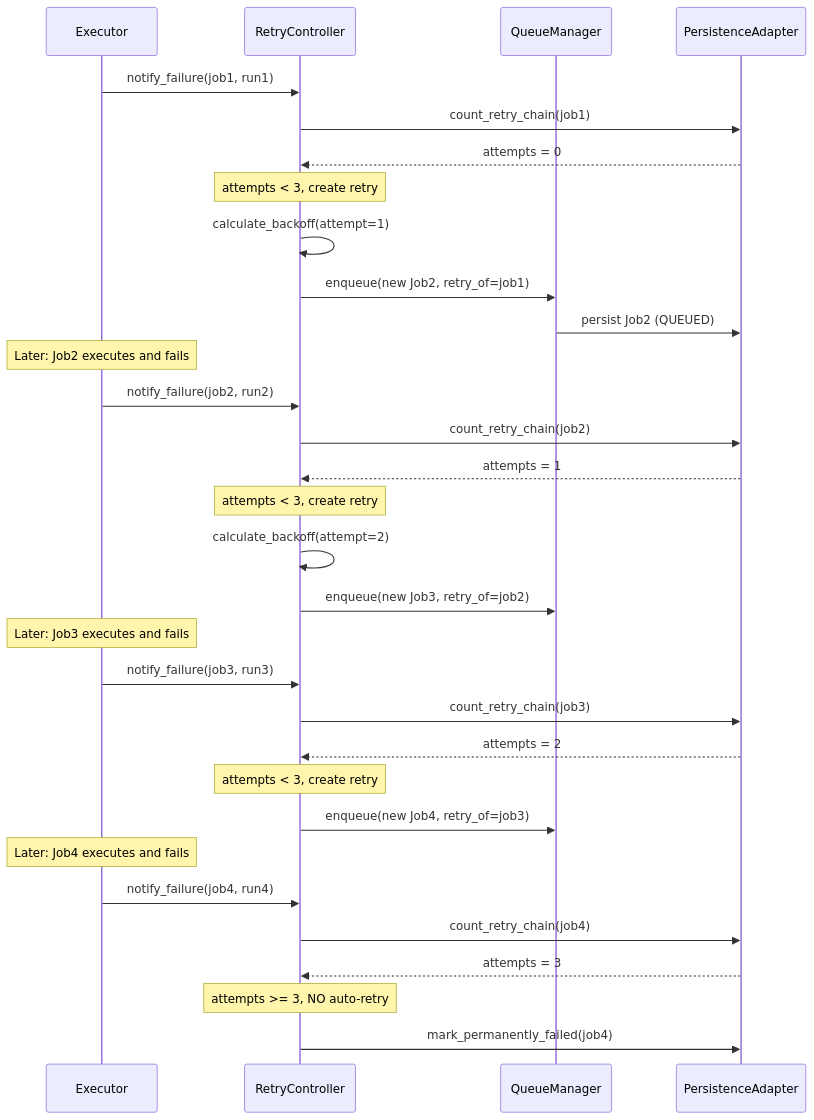
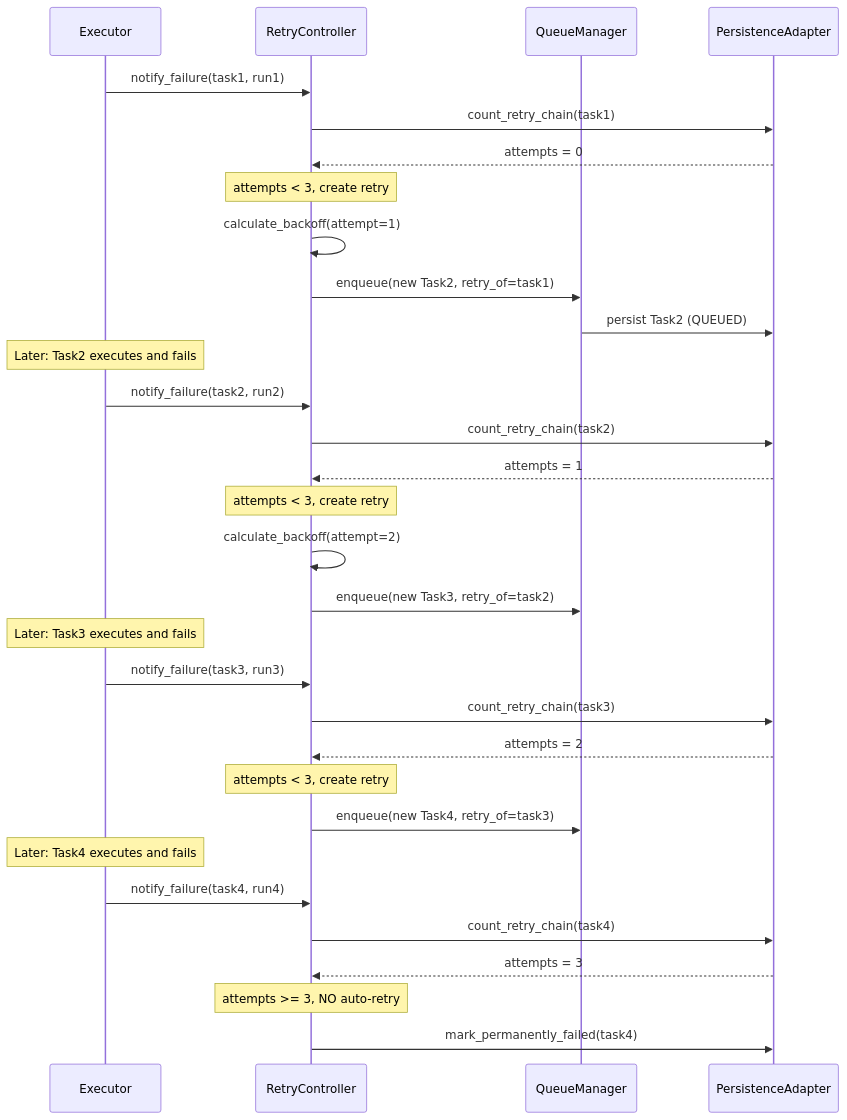
Before and after one commit to VinylStage/horror-story-generator: the third of 6 diagrams in docs/task-scheduler/EXECUTION_FLOW.md, drawn with Mermaid. The commit also changed other lines of this file and 24 other files, not shown here.

````diff
--- a/docs/task-scheduler/EXECUTION_FLOW.md
+++ b/docs/task-scheduler/EXECUTION_FLOW.md
@@ -153,41 +153,41 @@
 ```mermaid
 sequenceDiagram
     participant E as Executor
     participant R as RetryController
     participant Q as QueueManager
     participant P as PersistenceAdapter
 
-    E->>R: notify_failure(job1, run1)
-    R->>P: count_retry_chain(job1)
+    E->>R: notify_failure(task1, run1)
+    R->>P: count_retry_chain(task1)
     P-->>R: attempts = 0
 
     Note over R: attempts < 3, create retry
     R->>R: calculate_backoff(attempt=1)
-    R->>Q: enqueue(new Job2, retry_of=job1)
-    Q->>P: persist Job2 (QUEUED)
+    R->>Q: enqueue(new Task2, retry_of=task1)
+    Q->>P: persist Task2 (QUEUED)
 
-    Note over E: Later: Job2 executes and fails
-    E->>R: notify_failure(job2, run2)
-    R->>P: count_retry_chain(job2)
+    Note over E: Later: Task2 executes and fails
+    E->>R: notify_failure(task2, run2)
+    R->>P: count_retry_chain(task2)
     P-->>R: attempts = 1
 
     Note over R: attempts < 3, create retry
     R->>R: calculate_backoff(attempt=2)
-    R->>Q: enqueue(new Job3, retry_of=job2)
+    R->>Q: enqueue(new Task3, retry_of=task2)
 
-    Note over E: Later: Job3 executes and fails
-    E->>R: notify_failure(job3, run3)
-    R->>P: count_retry_chain(job3)
+    Note over E: Later: Task3 executes and fails
+    E->>R: notify_failure(task3, run3)
+    R->>P: count_retry_chain(task3)
     P-->>R: attempts = 2
 
     Note over R: attempts < 3, create retry
-    R->>Q: enqueue(new Job4, retry_of=job3)
+    R->>Q: enqueue(new Task4, retry_of=task3)
 
-    Note over E: Later: Job4 executes and fails
-    E->>R: notify_failure(job4, run4)
-    R->>P: count_retry_chain(job4)
+    Note over E: Later: Task4 executes and fails
+    E->>R: notify_failure(task4, run4)
+    R->>P: count_retry_chain(task4)
     P-->>R: attempts = 3
 
     Note over R: attempts >= 3, NO auto-retry
-    R->>P: mark_permanently_failed(job4)
+    R->>P: mark_permanently_failed(task4)
 ```
````
